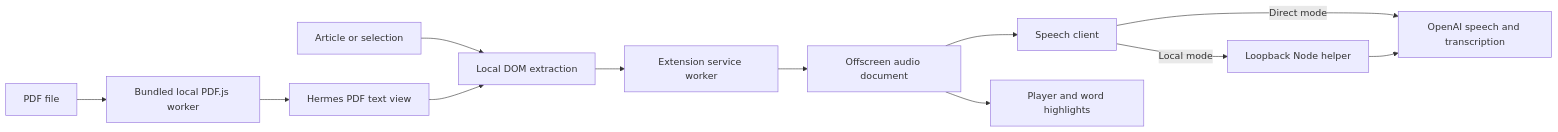
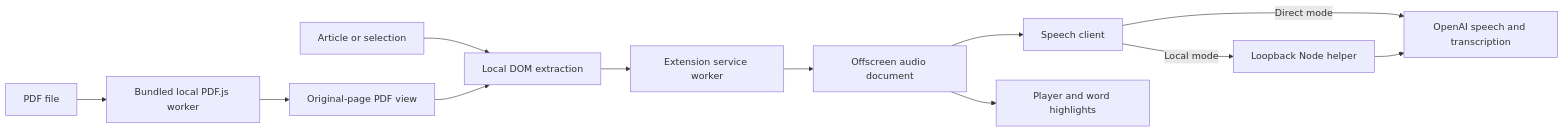
One commit to YashDagade/browser-reader changed the diagram in docs/architecture.md. Above: the diagram before and after it, drawn with Mermaid. The commit also changed other lines of this file and 214 other files, not shown here.

Commit message:
Render original PDF pages with citation-aware narration

````diff
--- a/docs/architecture.md
+++ b/docs/architecture.md
@@ -5,14 +5,14 @@
 ```mermaid
 flowchart LR
     Page[Article or selection] --> Extract[Local DOM extraction]
     Extract --> Worker[Extension service worker]
     Worker --> Audio[Offscreen audio document]
     Audio --> Client[Speech client]
     Client -->|Direct mode| API[OpenAI speech and transcription]
     Client -->|Local mode| Helper[Loopback Node helper]
     Helper --> API
     Audio --> Player[Player and word highlights]
     PDF[PDF file] --> Parser[Bundled local PDF.js worker]
-    Parser --> View[Hermes PDF text view]
+    Parser --> View[Original-page PDF view]
     View --> Extract
 ```
````
